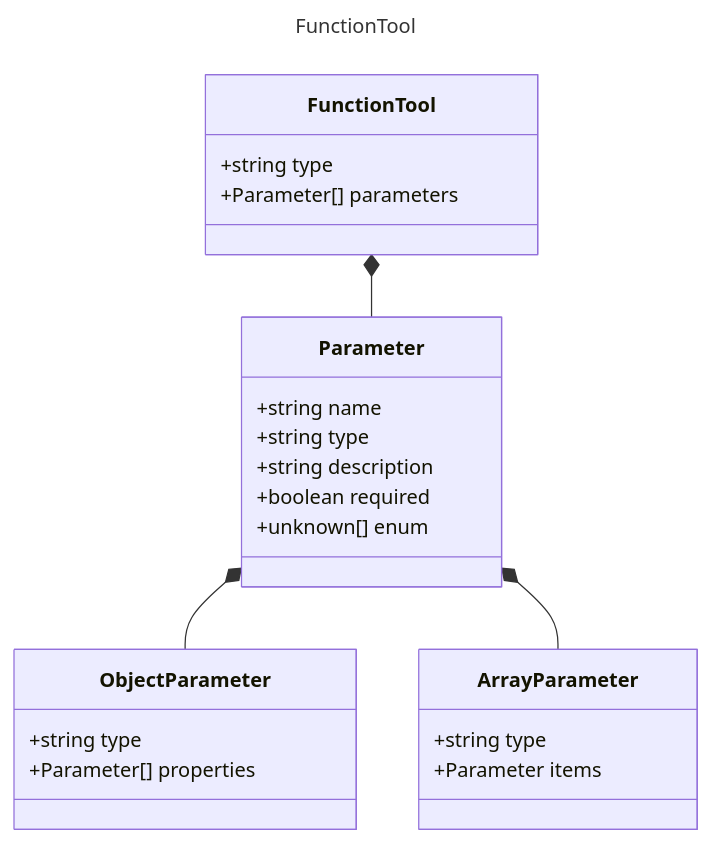
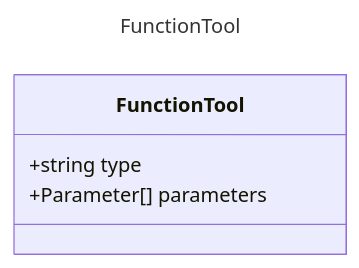
One commit to microsoft/prompty changed the diagram in specification/prompty/docs/FunctionTool.md. Above: the diagram before and after it, drawn with Mermaid. The commit also changed 22 other files, not shown here.

Commit message:
corrected class diagrams

````diff
--- a/specification/prompty/docs/FunctionTool.md
+++ b/specification/prompty/docs/FunctionTool.md
@@ -7,28 +7,10 @@
 ```mermaid
 ---
 title: FunctionTool
 ---
 classDiagram
-    class Parameter {
-        +string name
-        +string type
-        +string description
-        +boolean required
-        +unknown[] enum
-    }
-    class ArrayParameter {
-        +string type
-        +Parameter items
-    }
-    class ObjectParameter {
-        +string type
-        +Parameter[] properties
-    }
     class FunctionTool {
         +string type
         +Parameter[] parameters
     }
-    FunctionTool *-- Parameter
-    Parameter *-- ObjectParameter
-    Parameter *-- ArrayParameter
 ```
````
